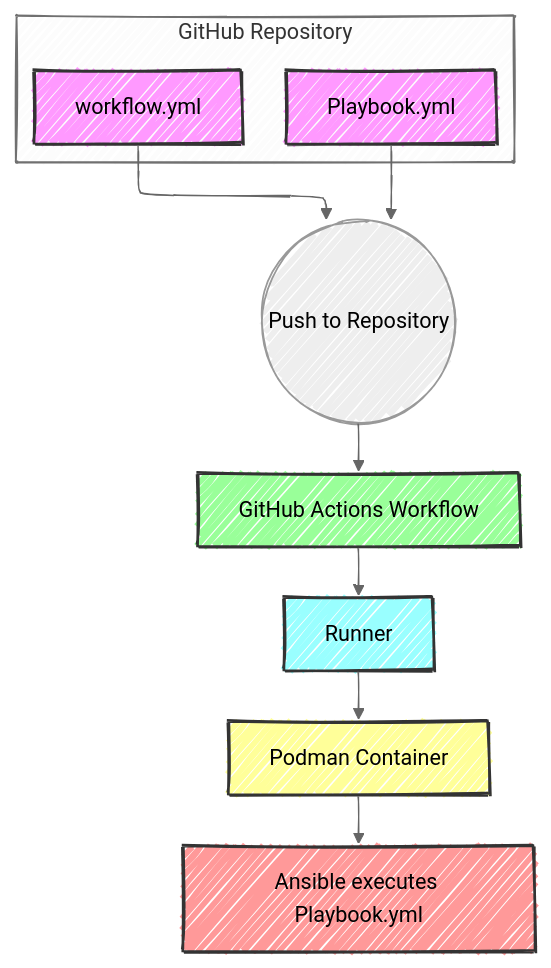
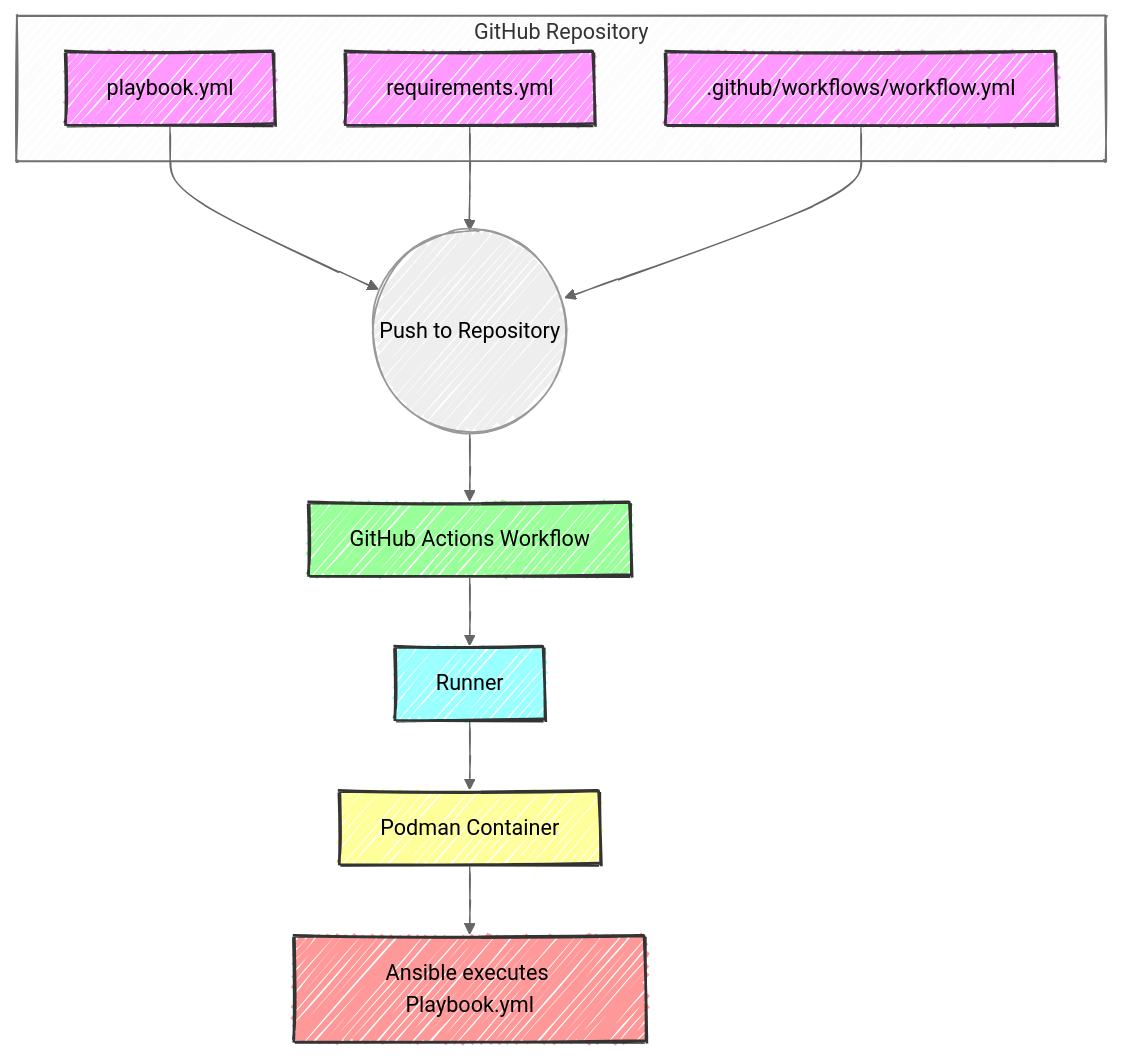
The diagram in README.md (smartyjones/graphs), drawn with Mermaid before and after one commit. The commit also changed other lines of this file, not shown here.

````diff
--- a/README.md
+++ b/README.md
@@ -3,27 +3,29 @@
 ```mermaid
 ---
 config:
-  layout: elk
   look: handDrawn
   theme: neutral
 
 ---
 graph TD
     subgraph GitHub Repository
-        A[Playbook.yml]
-        B[workflow.yml]
+        A[playbook.yml]
+        B[requirements.yml]
+        C[.github/workflows/workflow.yml]
     end
 
-    A & B --> C((Push to Repository))
-    C --> D[GitHub Actions Workflow]
-    D --> E[Runner]
-    E --> F[Podman Container]
-    F --> G[Ansible executes Playbook.yml]
+    A & B & C --> D((Push to Repository))
+    D --> E[GitHub Actions Workflow]
+    E --> F[Runner]
+    F --> G[Podman Container]
+    G --> H[Ansible executes Playbook.yml]
 
     style A fill:#f9f,stroke:#333,stroke-width:2px
     style B fill:#f9f,stroke:#333,stroke-width:2px
-    style D fill:#9f9,stroke:#333,stroke-width:2px
-    style E fill:#9ff,stroke:#333,stroke-width:2px
-    style F fill:#ff9,stroke:#333,stroke-width:2px
-    style G fill:#f99,stroke:#333,stroke-width:2px
+    style C fill:#f9f,stroke:#333,stroke-width:2px
+    style E fill:#9f9,stroke:#333,stroke-width:2px
+    style F fill:#9ff,stroke:#333,stroke-width:2px
+    style G fill:#ff9,stroke:#333,stroke-width:2px
+    style H fill:#f99,stroke:#333,stroke-width:2px
+
 ```
````
